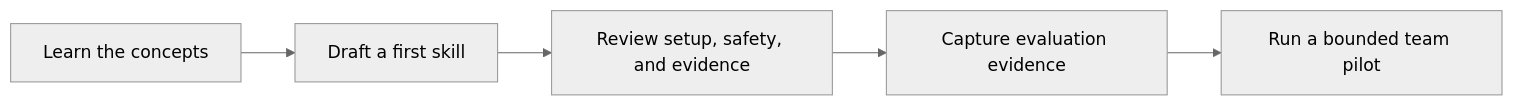
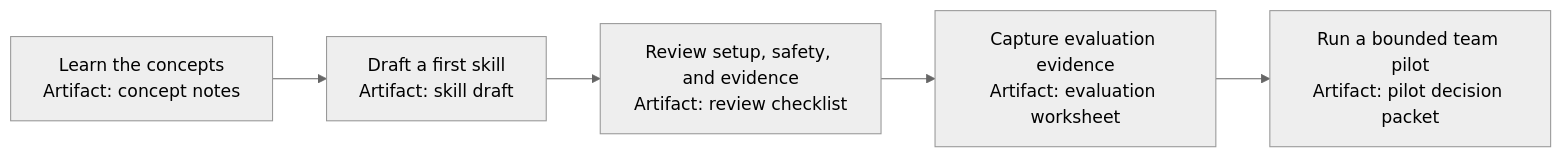
The diagram in docs-index.md (agentskillexchange/agent-skills-resources), drawn with Mermaid (neutral theme) before and after one commit. The commit also changed 1 other file, not shown here.

Commit message:
docs: show visitor workflow artifacts

````diff
--- a/docs-index.md
+++ b/docs-index.md
@@ -8,7 +8,7 @@
 ```mermaid
 flowchart LR
-  Learn["Learn the concepts"] --> Draft["Draft a first skill"]
-  Draft --> Review["Review setup, safety, and evidence"]
-  Review --> Evaluate["Capture evaluation evidence"]
-  Evaluate --> Pilot["Run a bounded team pilot"]
+  Learn["Learn the concepts<br/>Artifact: concept notes"] --> Draft["Draft a first skill<br/>Artifact: skill draft"]
+  Draft --> Review["Review setup, safety, and evidence<br/>Artifact: review checklist"]
+  Review --> Evaluate["Capture evaluation evidence<br/>Artifact: evaluation worksheet"]
+  Evaluate --> Pilot["Run a bounded team pilot<br/>Artifact: pilot decision packet"]
 ```
````
